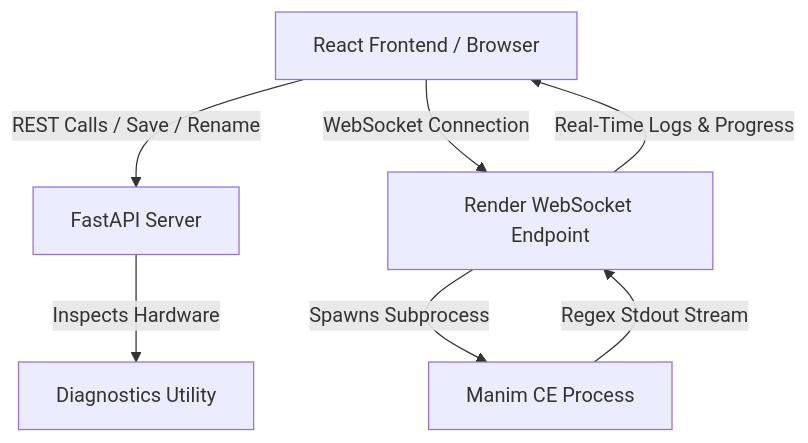
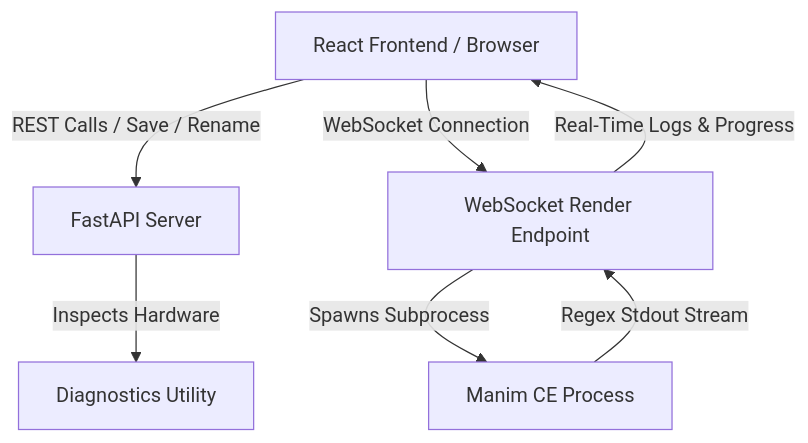
The diagram in PROJECT_REFERENCE.md (birol-dev/Manim-Fullstack), drawn with Mermaid before and after one commit. The commit also changed 4 other files, not shown here.

````diff
--- a/PROJECT_REFERENCE.md
+++ b/PROJECT_REFERENCE.md
@@ -11,9 +11,9 @@
 ```mermaid
 graph TD
     Client[React Frontend / Browser] -->|REST Calls / Save / Rename| API[FastAPI Server]
-    Client -->|WebSocket Connection| WS[Render WebSocket Endpoint]
+    Client -->|WebSocket Connection| WS[WebSocket Render Endpoint]
     WS -->|Spawns Subprocess| Sub[Manim CE Process]
     Sub -->|Regex Stdout Stream| WS
     WS -->|Real-Time Logs & Progress| Client
     API -->|Inspects Hardware| Diag[Diagnostics Utility]
 ```
````
